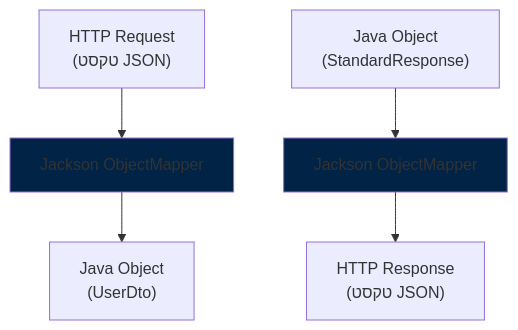
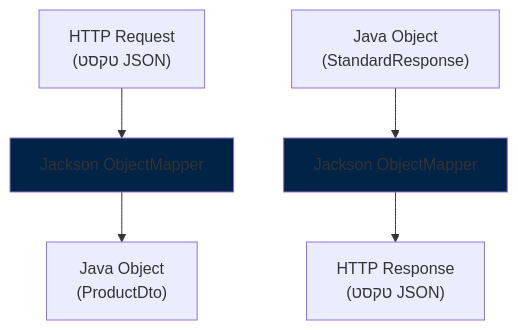
The ninth of 21 diagrams in מדריך מקיף - תקשורת רשת, HTTP ו-JSON.md (EliGuriel/Course_Meeting5), drawn with Mermaid before and after one commit. The commit also changed other lines of this file and 3 other files, not shown here.

````diff
--- a/מדריך מקיף - תקשורת רשת, HTTP ו-JSON.md
+++ b/מדריך מקיף - תקשורת רשת, HTTP ו-JSON.md
@@ -649,11 +694,11 @@
 ```mermaid
 graph TD
     A["HTTP Request<br/>(טקסט JSON)"] --> B[Jackson ObjectMapper]
-    B --> C["Java Object<br/>(UserDto)"]
+    B --> C["Java Object<br/>(ProductDto)"]
     
     D["Java Object<br/>(StandardResponse)"] --> E[Jackson ObjectMapper]
     E --> F["HTTP Response<br/>(טקסט JSON)"]
     
     style B fill:#012345
     style E fill:#012345
 ```
````
